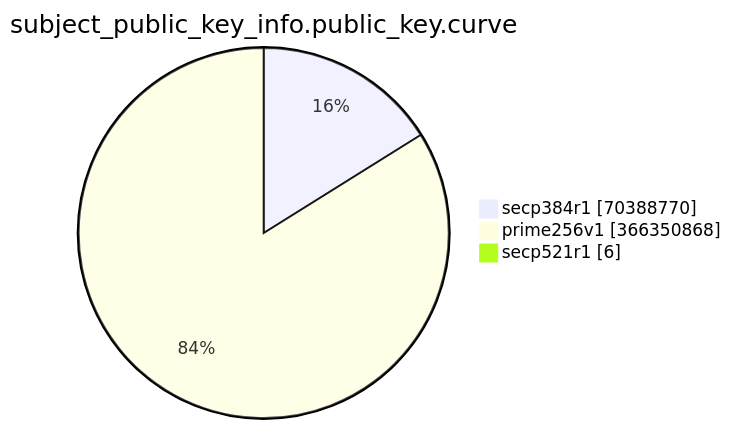
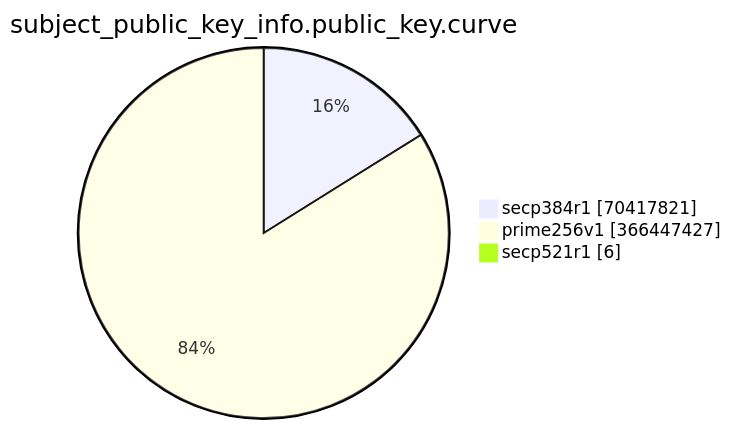
The eighth of 15 diagrams in TOTAL/README.md (christiankrug/ctmonitor_visualization), drawn with Mermaid before and after one commit. The commit also changed other lines of this file, not shown here.

````diff
--- a/TOTAL/README.md
+++ b/TOTAL/README.md
@@ -3093,7 +3093,7 @@
 ```mermaid
 pie showData
 title subject_public_key_info.public_key.curve
-"secp384r1" :70388770
-"prime256v1" :366350868
+"secp384r1" :70417821
+"prime256v1" :366447427
 "secp521r1" :6
 ```
````
